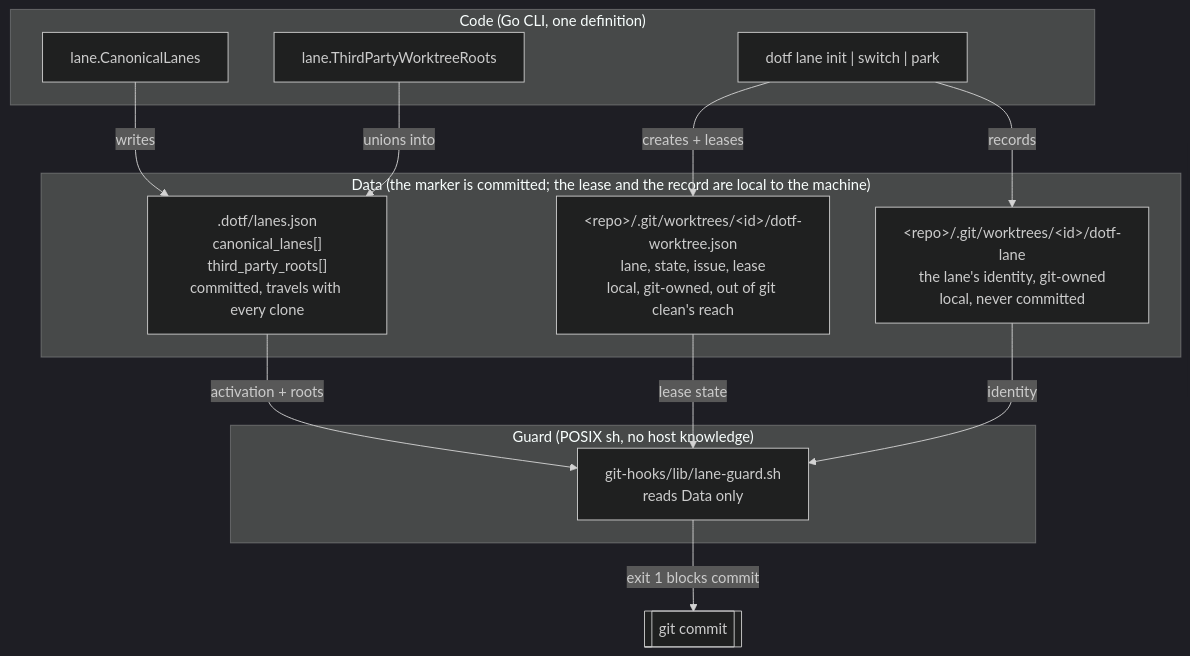
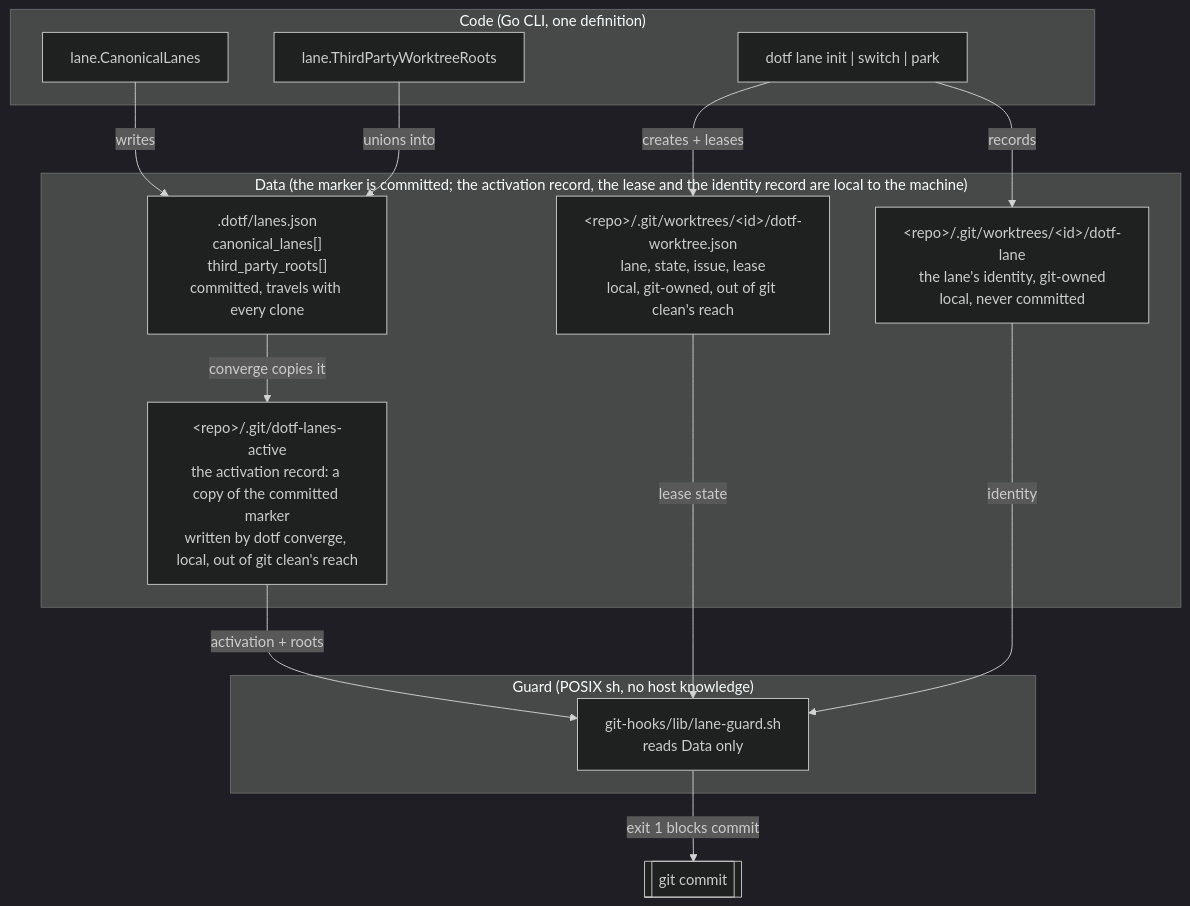
The first of 3 diagrams in docs/runbooks/guide-persistent-named-lanes.md (mlorentedev/dotfiles), drawn with Mermaid (dark theme) before and after one commit. The commit also changed other lines of this file and 9 other files, not shown here.

First line of the commit message:
fix(lane-guard): arm from the activation record, never from a marker

````diff
--- a/docs/runbooks/guide-persistent-named-lanes.md
+++ b/docs/runbooks/guide-persistent-named-lanes.md
@@ -12,24 +12,26 @@
 ```mermaid
 flowchart TB
-  subgraph Data["Data (the marker is committed; the lease and the record are local to the machine)"]
+  subgraph Data["Data (the marker is committed; the activation record, the lease and the identity record are local to the machine)"]
     M[".dotf/lanes.json<br/>canonical_lanes[]<br/>third_party_roots[]<br/>committed, travels with every clone"]
+    A["&lt;repo&gt;/.git/dotf-lanes-active<br/>the activation record: a copy of the committed marker<br/>written by dotf converge, local, out of git clean's reach"]
     W["&lt;repo&gt;/.git/worktrees/&lt;id&gt;/dotf-worktree.json<br/>lane, state, issue, lease<br/>local, git-owned, out of git clean's reach"]
     I["&lt;repo&gt;/.git/worktrees/&lt;id&gt;/dotf-lane<br/>the lane's identity, git-owned<br/>local, never committed"]
   end
   subgraph Code["Code (Go CLI, one definition)"]
     C1["lane.CanonicalLanes"]
     C2["lane.ThirdPartyWorktreeRoots"]
     C3["dotf lane init | switch | park"]
   end
   subgraph Guard["Guard (POSIX sh, no host knowledge)"]
     G["git-hooks/lib/lane-guard.sh<br/>reads Data only"]
   end
   C1 -->|writes| M
   C2 -->|unions into| M
+  M -->|"converge copies it"| A
   C3 -->|creates + leases| W
   C3 -->|records| I
-  M -->|activation + roots| G
+  A -->|"activation + roots"| G
   W -->|lease state| G
   I -->|identity| G
   G -->|exit 1 blocks commit| Git[["git commit"]]
 ```
````
